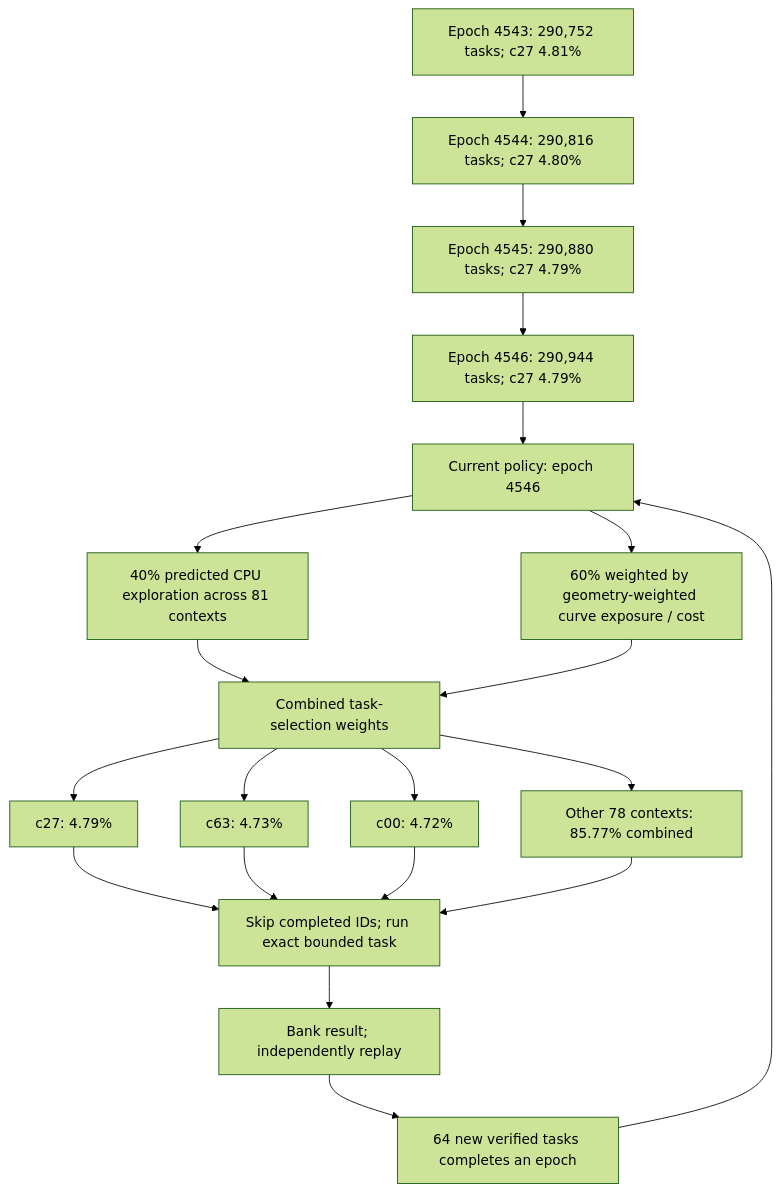
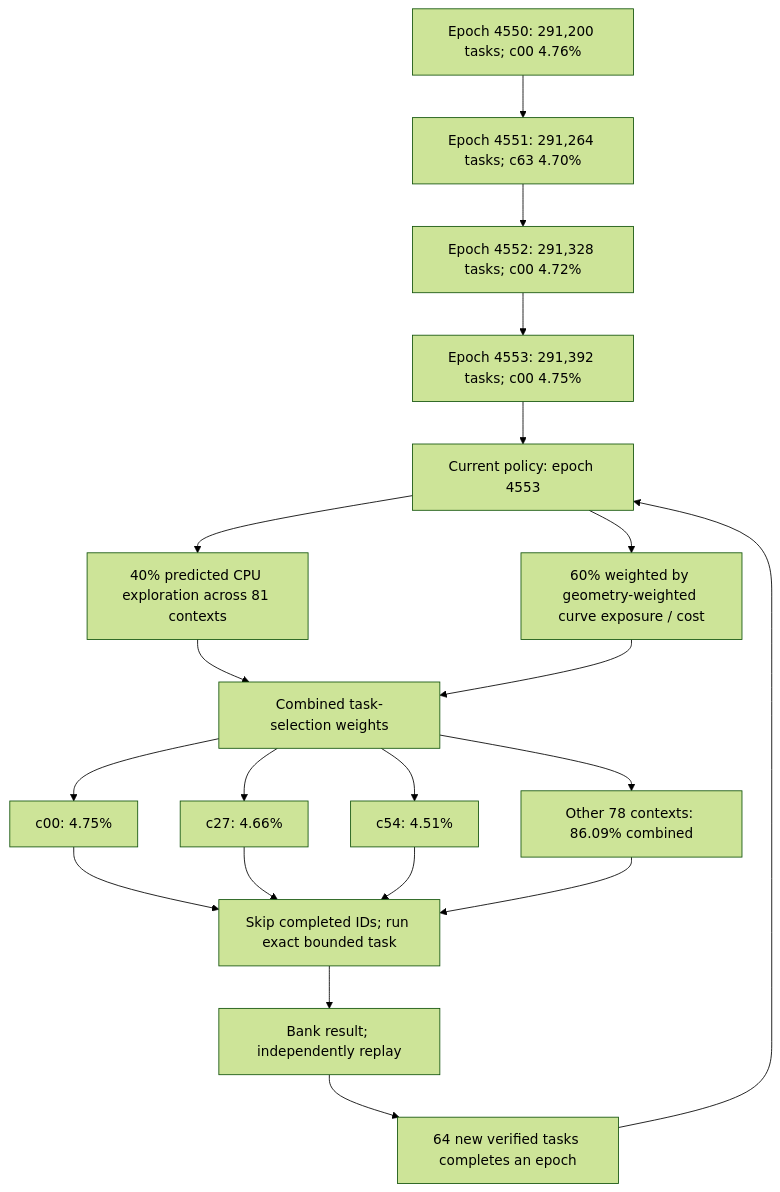
Before and after one commit to Kuberwastaken/math-gambling: the first of 3 diagrams in README.md, drawn with Mermaid (forest theme). The commit also changed other lines of this file and 4035 other files, not shown here.

````diff
--- a/README.md
+++ b/README.md
@@ -60,27 +60,27 @@
 ```mermaid
 flowchart TD
-    H0["Epoch 4543: 290,752 tasks; c27 4.81%"]
-    H1["Epoch 4544: 290,816 tasks; c27 4.80%"]
+    H0["Epoch 4550: 291,200 tasks; c00 4.76%"]
+    H1["Epoch 4551: 291,264 tasks; c63 4.70%"]
     H0 --> H1
-    H2["Epoch 4545: 290,880 tasks; c27 4.79%"]
+    H2["Epoch 4552: 291,328 tasks; c00 4.72%"]
     H1 --> H2
-    H3["Epoch 4546: 290,944 tasks; c27 4.79%"]
+    H3["Epoch 4553: 291,392 tasks; c00 4.75%"]
     H2 --> H3
-    Policy["Current policy: epoch 4546"]
+    Policy["Current policy: epoch 4553"]
     H3 --> Policy
     Policy --> Explore["40% predicted CPU exploration across 81 contexts"]
     Policy --> Cost["60% weighted by geometry-weighted curve exposure / cost"]
     Explore --> Mix["Combined task-selection weights"]
     Cost --> Mix
-    Mix --> C0["c27: 4.79%"]
-    Mix --> C1["c63: 4.73%"]
-    Mix --> C2["c00: 4.72%"]
-    Mix --> Rest["Other 78 contexts: 85.77% combined"]
+    Mix --> C0["c00: 4.75%"]
+    Mix --> C1["c27: 4.66%"]
+    Mix --> C2["c54: 4.51%"]
+    Mix --> Rest["Other 78 contexts: 86.09% combined"]
     C0 --> Check["Skip completed IDs; run exact bounded task"]
     C1 --> Check
     C2 --> Check
     Rest --> Check
     Check --> Replay["Bank result; independently replay"]
     Replay --> Gate["64 new verified tasks completes an epoch"]
     Gate --> Policy
 ```
````
